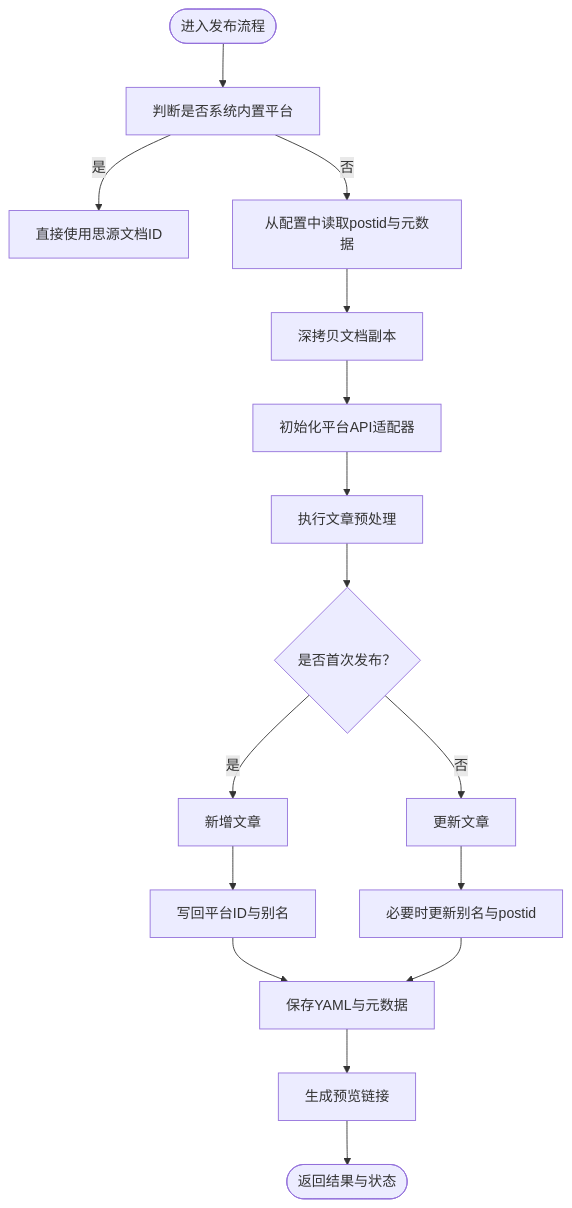
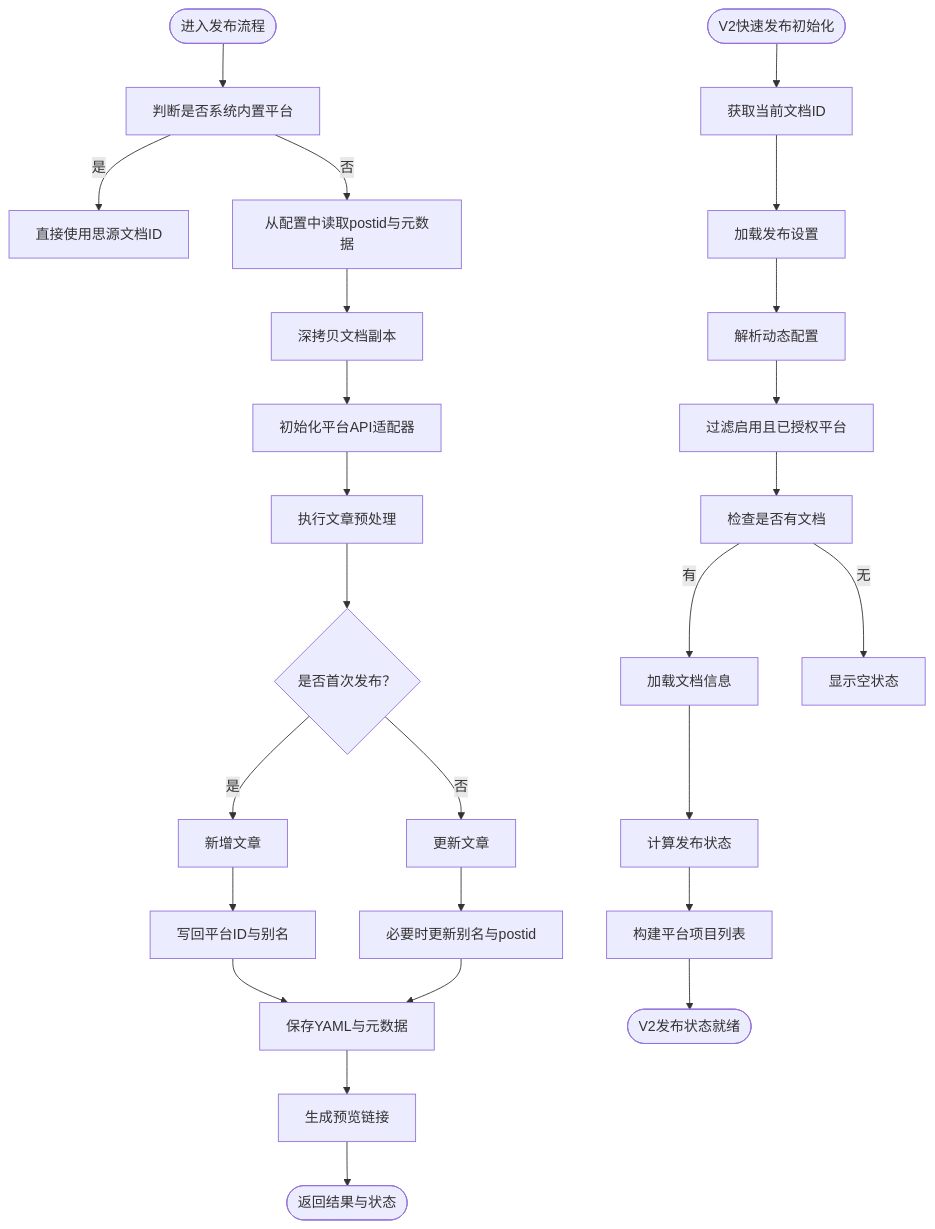
One commit to terwer/siyuan-plugin-publisher changed the fourth of 5 diagrams in .qoder/repowiki/zh/content/核心架构/组件架构设计/组件架构设计.md. Above: the diagram before and after it, drawn with Mermaid. The commit also changed other lines of this file and 18 other files, not shown here.

First line of the commit message:
docs(core-architecture): add detailed Composition API design patterns document

````diff
--- a/.qoder/repowiki/zh/content/核心架构/组件架构设计/组件架构设计.md
+++ b/.qoder/repowiki/zh/content/核心架构/组件架构设计/组件架构设计.md
@@ -185,18 +220,28 @@
 ```mermaid
 flowchart TD
 Start(["进入发布流程"]) --> CheckSys["判断是否系统内置平台"]
 CheckSys --> |是| UseDoc["直接使用思源文档ID"]
 CheckSys --> |否| LoadMeta["从配置中读取postid与元数据"]
 LoadMeta --> Clone["深拷贝文档副本"]
 Clone --> InitAPI["初始化平台API适配器"]
 InitAPI --> PreEdit["执行文章预处理"]
 PreEdit --> IsAdd{"是否首次发布？"}
 IsAdd --> |是| NewPost["新增文章"]
 IsAdd --> |否| EditPost["更新文章"]
 NewPost --> SaveMeta["写回平台ID与别名"]
 EditPost --> MaybeUpdate["必要时更新别名与postid"]
 SaveMeta --> SaveAttrs["保存YAML与元数据"]
 MaybeUpdate --> SaveAttrs
 SaveAttrs --> Preview["生成预览链接"]
 Preview --> Done(["返回结果与状态"])
+V2Start(["V2快速发布初始化"]) --> GetPageId["获取当前文档ID"]
+GetPageId --> LoadSetting["加载发布设置"]
+LoadSetting --> ParseConfig["解析动态配置"]
+ParseConfig --> FilterEnabled["过滤启用且已授权平台"]
+FilterEnabled --> CheckDoc["检查是否有文档"]
+CheckDoc --> |有| LoadDoc["加载文档信息"]
+CheckDoc --> |无| EmptyState["显示空状态"]
+LoadDoc --> CalcStatus["计算发布状态"]
+CalcStatus --> BuildItems["构建平台项目列表"]
+BuildItems --> DoneV2(["V2发布状态就绪"])
 ```
````
